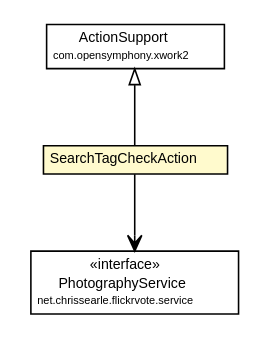
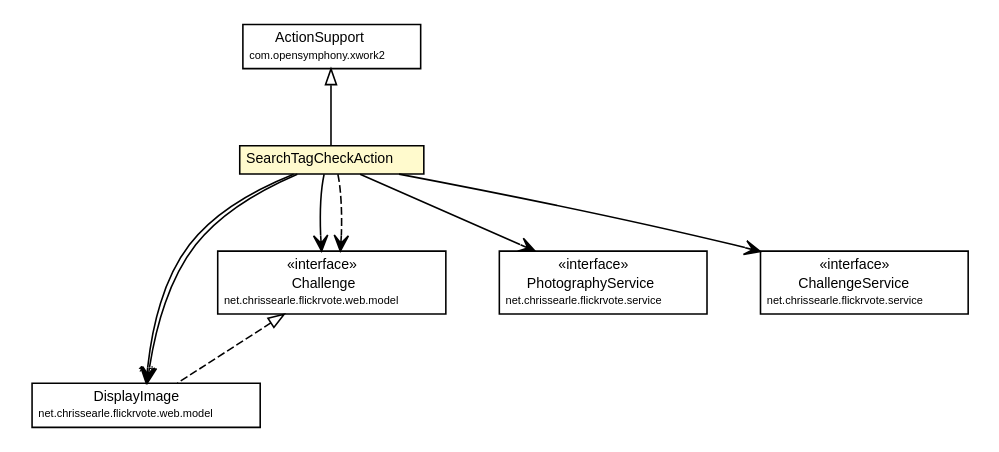
One commit to chrissearle/twphch changed the diagram in flickrvote-web/apidocs/net/chrissearle/flickrvote/web/admin/SearchTagCheckAction.dot. Above: the diagram before and after it, drawn with Graphviz. The commit also changed 991 other files, not shown here.

```diff
--- a/flickrvote-web/apidocs/net/chrissearle/flickrvote/web/admin/SearchTagCheckAction.dot
+++ b/flickrvote-web/apidocs/net/chrissearle/flickrvote/web/admin/SearchTagCheckAction.dot
@@ -1,35 +1,70 @@
 #!/usr/local/bin/dot
 #
 # Class diagram 
 # Generated by UmlGraph version 4.6 (http://www.spinellis.gr/sw/umlgraph)
 #
 
 digraph G {
 	edge [fontname="Helvetica",fontsize=10,labelfontname="Helvetica",labelfontsize=10];
 	node [fontname="Helvetica",fontsize=10,shape=plaintext];
 	// net.chrissearle.flickrvote.web.admin.SearchTagCheckAction
-	c952 [label=<<table border="0" cellborder="1" cellspacing="0" cellpadding="2" port="p" bgcolor="lemonChiffon" href="./SearchTagCheckAction.html">
+	c1046 [label=<<table border="0" cellborder="1" cellspacing="0" cellpadding="2" port="p" bgcolor="lemonChiffon" href="./SearchTagCheckAction.html">
 		<tr><td><table border="0" cellspacing="0" cellpadding="1">
 			<tr><td> SearchTagCheckAction </td></tr>
 		</table></td></tr>
 		</table>>, fontname="Helvetica", fontcolor="black", fontsize=9.0];
+	// net.chrissearle.flickrvote.web.model.DisplayImage
+	c1077 [label=<<table border="0" cellborder="1" cellspacing="0" cellpadding="2" port="p" href="../model/DisplayImage.html">
+		<tr><td><table border="0" cellspacing="0" cellpadding="1">
+			<tr><td> DisplayImage </td></tr>
+			<tr><td><font point-size="7.0"> net.chrissearle.flickrvote.web.model </font></td></tr>
+		</table></td></tr>
+		</table>>, fontname="Helvetica", fontcolor="black", fontsize=9.0];
+	// net.chrissearle.flickrvote.web.model.Challenge
+	c1080 [label=<<table border="0" cellborder="1" cellspacing="0" cellpadding="2" port="p" href="../model/Challenge.html">
+		<tr><td><table border="0" cellspacing="0" cellpadding="1">
+			<tr><td> &laquo;interface&raquo; </td></tr>
+			<tr><td> Challenge </td></tr>
+			<tr><td><font point-size="7.0"> net.chrissearle.flickrvote.web.model </font></td></tr>
+		</table></td></tr>
+		</table>>, fontname="Helvetica", fontcolor="black", fontsize=9.0];
 	//net.chrissearle.flickrvote.web.admin.SearchTagCheckAction extends com.opensymphony.xwork2.ActionSupport
-	c994:p -> c952:p [dir=back,arrowtail=empty];
+	c1089:p -> c1046:p [dir=back,arrowtail=empty];
+	//net.chrissearle.flickrvote.web.model.DisplayImage implements net.chrissearle.flickrvote.web.model.Challenge
+	c1080:p -> c1077:p [dir=back,arrowtail=empty,style=dashed];
 	// net.chrissearle.flickrvote.web.admin.SearchTagCheckAction NAVASSOC net.chrissearle.flickrvote.service.PhotographyService
-	c952:p -> c995:p [taillabel="", label="", headlabel="", fontname="Helvetica", fontcolor="black", fontsize=10.0, color="black", arrowhead=open];
+	c1046:p -> c1090:p [taillabel="", label="", headlabel="", fontname="Helvetica", fontcolor="black", fontsize=10.0, color="black", arrowhead=open];
+	// net.chrissearle.flickrvote.web.admin.SearchTagCheckAction NAVASSOC net.chrissearle.flickrvote.service.ChallengeService
+	c1046:p -> c1091:p [taillabel="", label="", headlabel="", fontname="Helvetica", fontcolor="black", fontsize=10.0, color="black", arrowhead=open];
+	// net.chrissearle.flickrvote.web.admin.SearchTagCheckAction NAVASSOC net.chrissearle.flickrvote.web.model.DisplayImage
+	c1046:p -> c1077:p [taillabel="", label="", headlabel="*", fontname="Helvetica", fontcolor="black", fontsize=10.0, color="black", arrowhead=open];
+	// net.chrissearle.flickrvote.web.admin.SearchTagCheckAction NAVASSOC net.chrissearle.flickrvote.web.model.DisplayImage
+	c1046:p -> c1077:p [taillabel="", label="", headlabel="*", fontname="Helvetica", fontcolor="black", fontsize=10.0, color="black", arrowhead=open];
+	// net.chrissearle.flickrvote.web.admin.SearchTagCheckAction NAVASSOC net.chrissearle.flickrvote.web.model.Challenge
+	c1046:p -> c1080:p [taillabel="", label="", headlabel="", fontname="Helvetica", fontcolor="black", fontsize=10.0, color="black", arrowhead=open];
+	// net.chrissearle.flickrvote.web.admin.SearchTagCheckAction DEPEND net.chrissearle.flickrvote.web.model.Challenge
+	c1046:p -> c1080:p [taillabel="", label="", headlabel="", fontname="Helvetica", fontcolor="black", fontsize=10.0, color="black", arrowhead=open, style=dashed];
 	// net.chrissearle.flickrvote.service.PhotographyService
-	c995 [label=<<table border="0" cellborder="1" cellspacing="0" cellpadding="2" port="p">
+	c1090 [label=<<table border="0" cellborder="1" cellspacing="0" cellpadding="2" port="p">
 		<tr><td><table border="0" cellspacing="0" cellpadding="1">
 			<tr><td> &laquo;interface&raquo; </td></tr>
 			<tr><td> PhotographyService </td></tr>
 			<tr><td><font point-size="7.0"> net.chrissearle.flickrvote.service </font></td></tr>
 		</table></td></tr>
 		</table>>, fontname="Helvetica", fontcolor="black", fontsize=9.0];
 	// com.opensymphony.xwork2.ActionSupport
-	c994 [label=<<table border="0" cellborder="1" cellspacing="0" cellpadding="2" port="p">
+	c1089 [label=<<table border="0" cellborder="1" cellspacing="0" cellpadding="2" port="p">
 		<tr><td><table border="0" cellspacing="0" cellpadding="1">
 			<tr><td> ActionSupport </td></tr>
 			<tr><td><font point-size="7.0"> com.opensymphony.xwork2 </font></td></tr>
 		</table></td></tr>
 		</table>>, fontname="Helvetica", fontcolor="black", fontsize=9.0];
+	// net.chrissearle.flickrvote.service.ChallengeService
+	c1091 [label=<<table border="0" cellborder="1" cellspacing="0" cellpadding="2" port="p">
+		<tr><td><table border="0" cellspacing="0" cellpadding="1">
+			<tr><td> &laquo;interface&raquo; </td></tr>
+			<tr><td> ChallengeService </td></tr>
+			<tr><td><font point-size="7.0"> net.chrissearle.flickrvote.service </font></td></tr>
+		</table></td></tr>
+		</table>>, fontname="Helvetica", fontcolor="black", fontsize=9.0];
 }
```
